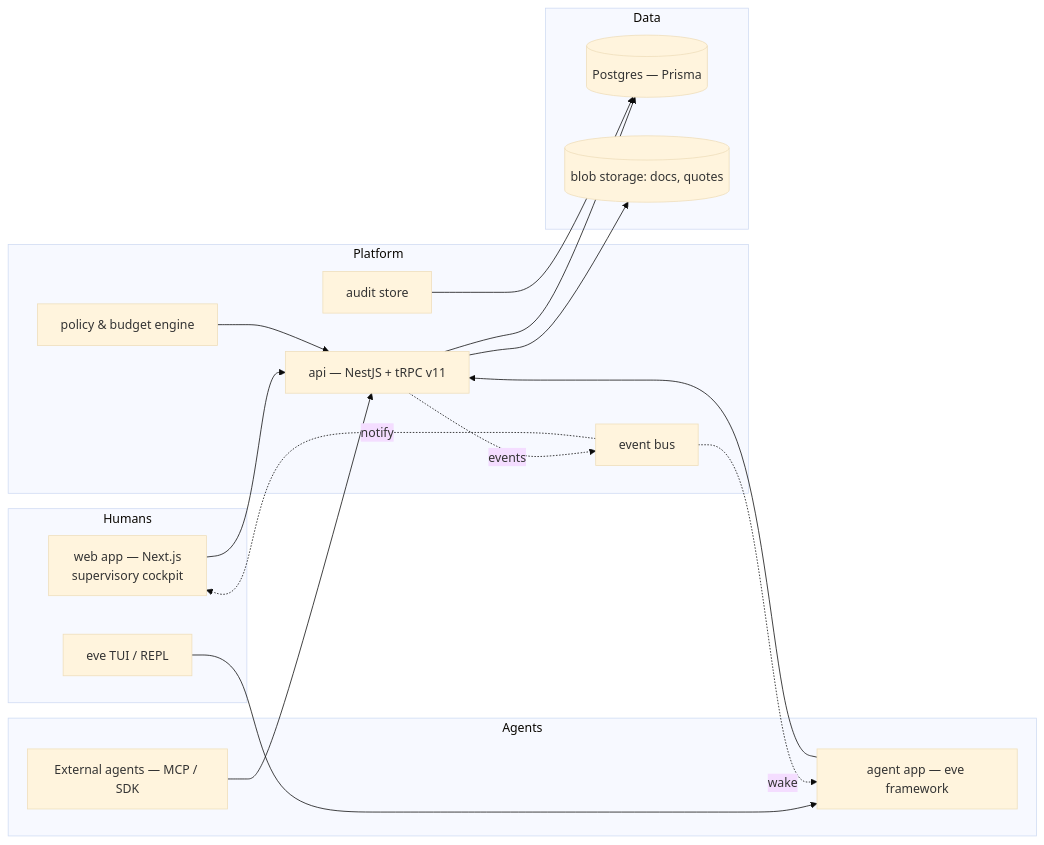
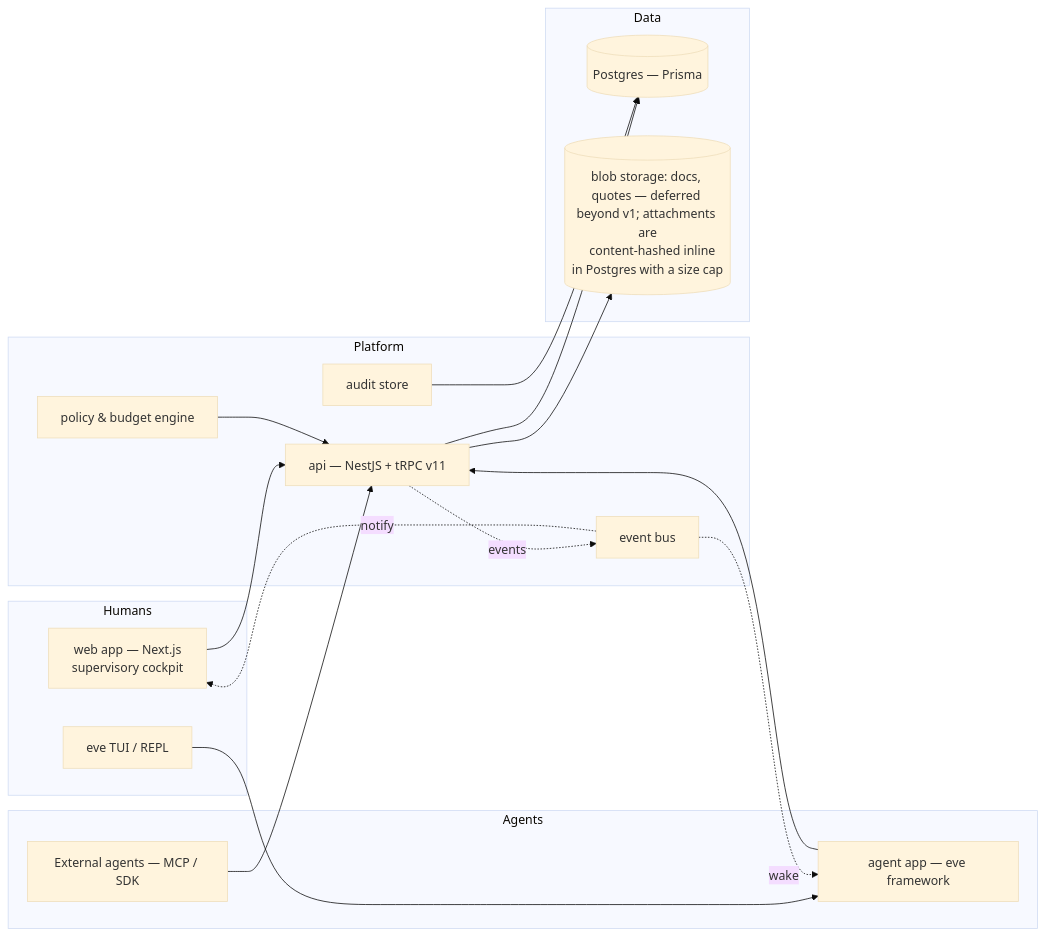
The first of 2 diagrams in docs/spec.md (leodyversemilla07/aipms), drawn with Mermaid (base theme) before and after one commit. The commit also changed other lines of this file and 3 other files, not shown here.

````diff
--- a/docs/spec.md
+++ b/docs/spec.md
@@ -150,33 +150,33 @@
 ```mermaid
 flowchart LR
   subgraph Humans
     WEB[web app — Next.js\nsupervisory cockpit]
     TUI[eve TUI / REPL]
   end
   subgraph Agents
     EVE[agent app — eve framework]
     EXT[External agents — MCP / SDK]
   end
   subgraph Platform
     API[api — NestJS + tRPC v11]
     BUS[event bus]
     POL[policy & budget engine]
     AUD[audit store]
   end
   subgraph Data
     DB[(Postgres — Prisma)]
-    BLOB[(blob storage: docs, quotes)]
+    BLOB[(blob storage: docs, quotes — deferred beyond v1; attachments are
+    content-hashed inline in Postgres with a size cap)]
   end
-
   WEB --> API
   EVE --> API
   EXT --> API
   TUI --> EVE
   API --> DB
   API --> BLOB
   API -.events.-> BUS
   BUS -.wake.-> EVE
   BUS -.notify.-> WEB
   AUD --> DB
   POL --> API
 ```
````
